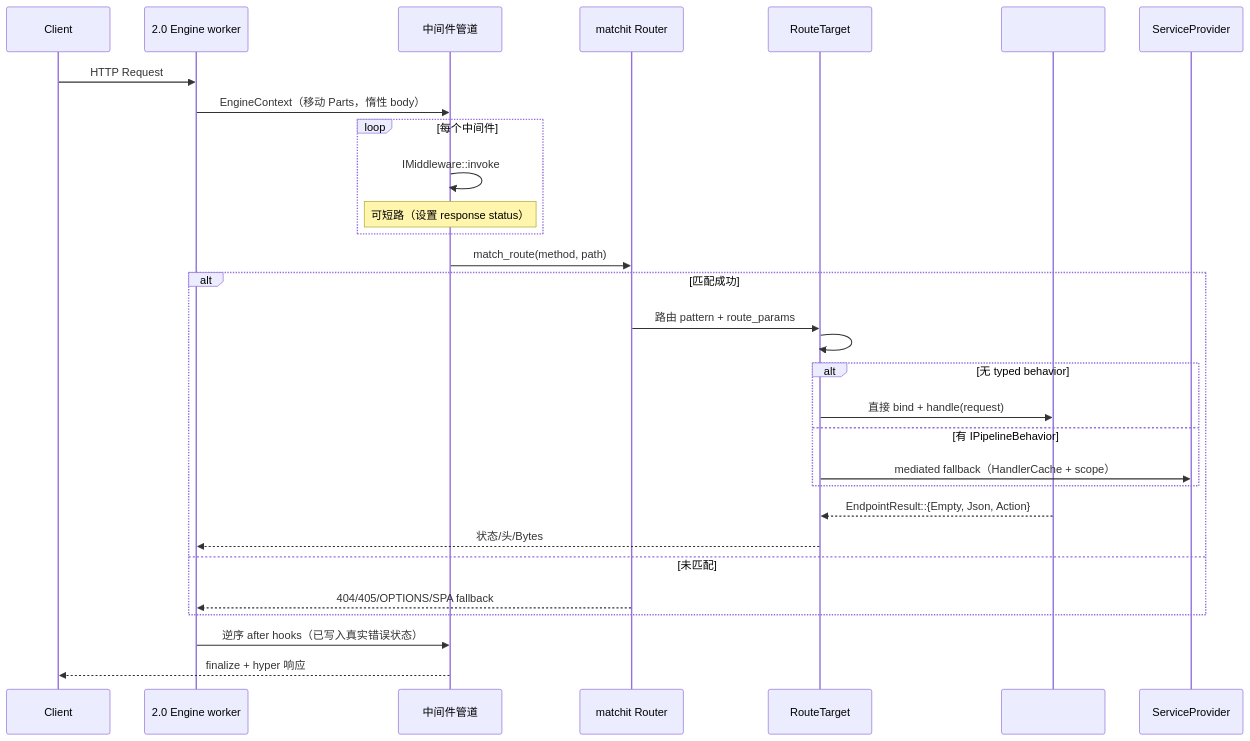
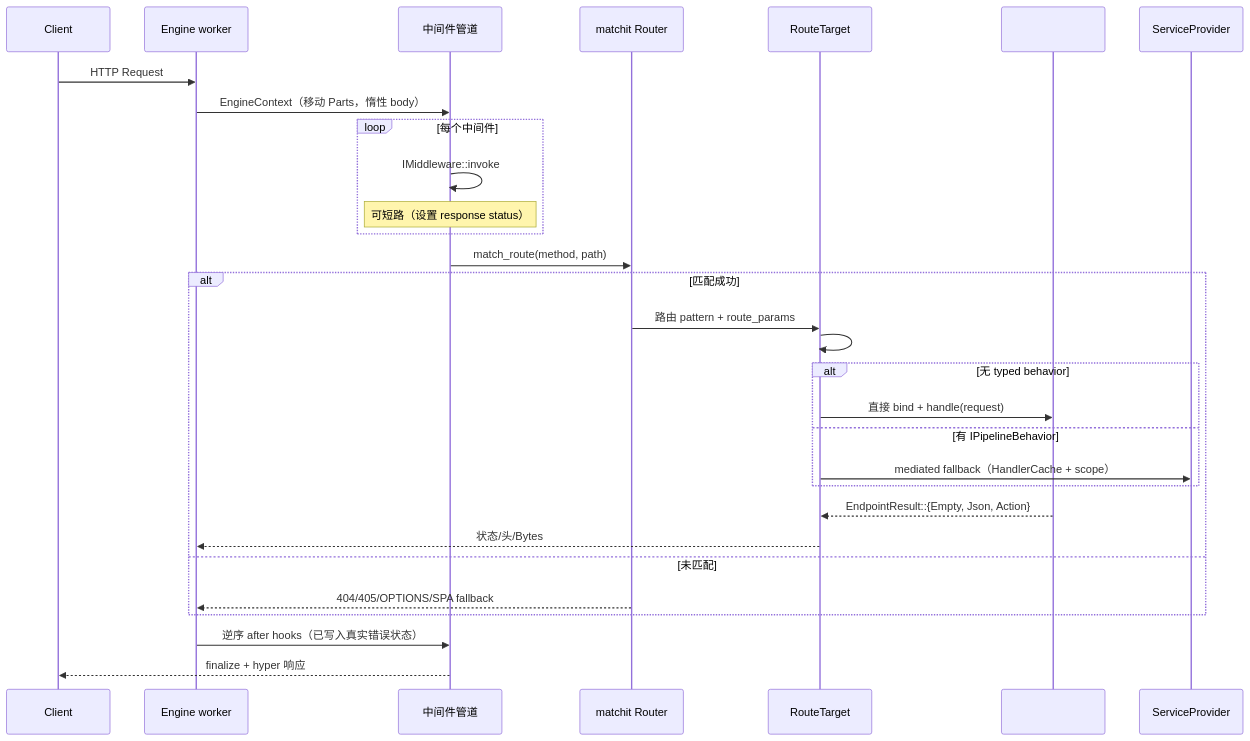
Before and after one commit to Rust-Framework/rust-webx: the first of 2 diagrams in docs/rust-webx/04-architecture/request-lifecycle.md, drawn with Mermaid. The commit also changed other lines of this file and 81 other files, not shown here.

````diff
--- a/docs/rust-webx/04-architecture/request-lifecycle.md
+++ b/docs/rust-webx/04-architecture/request-lifecycle.md
@@ -5,33 +5,33 @@
 ```mermaid
 sequenceDiagram
     participant Client
-    participant Engine as 2.0 Engine worker
+    participant Engine as Engine worker
     participant Pipeline as 中间件管道
     participant Router as matchit Router
     participant Target as RouteTarget
     participant Handler as #[handler]
     participant DI as ServiceProvider
 
     Client->>Engine: HTTP Request
     Engine->>Pipeline: EngineContext（移动 Parts，惰性 body）
     loop 每个中间件
         Pipeline->>Pipeline: IMiddleware::invoke
         Note over Pipeline: 可短路（设置 response status）
     end
     Pipeline->>Router: match_route(method, path)
     alt 匹配成功
         Router->>Target: 路由 pattern + route_params
         Target->>Target: #[authorize] / max_body_size 守卫
         alt 无 typed behavior
             Target->>Handler: 直接 bind + handle(request)
         else 有 IPipelineBehavior
             Target->>DI: mediated fallback（HandlerCache + scope）
         end
         Handler-->>Target: EndpointResult::{Empty, Json, Action}
         Target-->>Engine: 状态/头/Bytes
     else 未匹配
         Router-->>Engine: 404/405/OPTIONS/SPA fallback
     end
     Engine->>Pipeline: 逆序 after hooks（已写入真实错误状态）
     Pipeline-->>Client: finalize + hyper 响应
 ```
````
